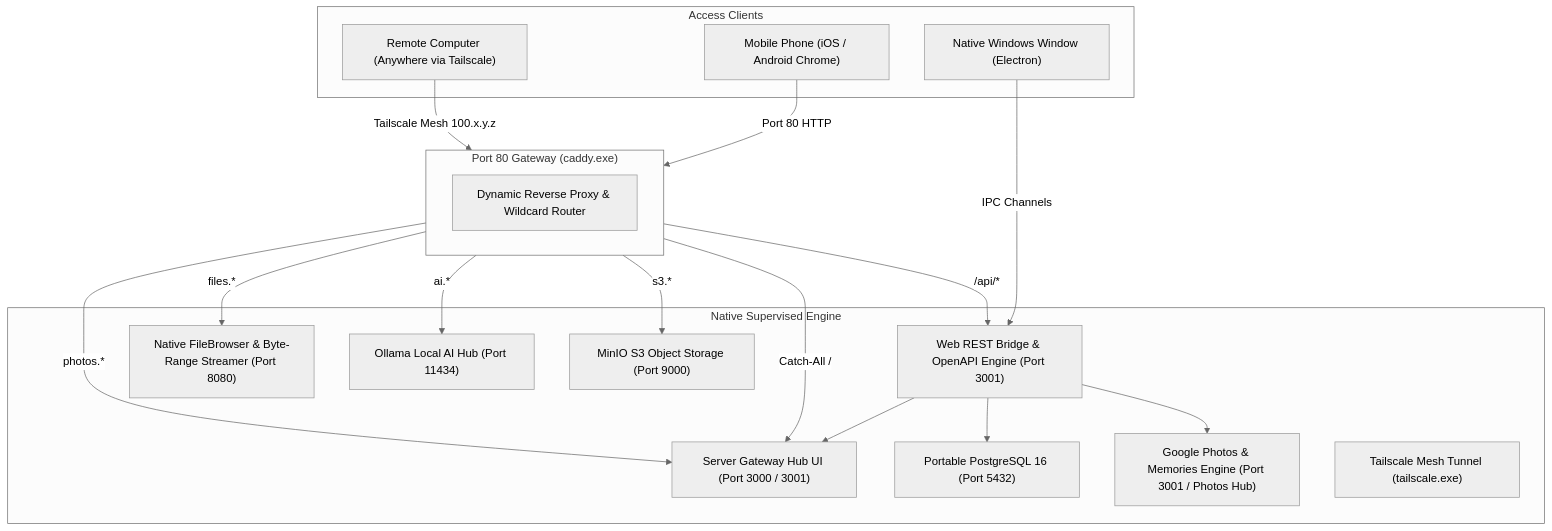
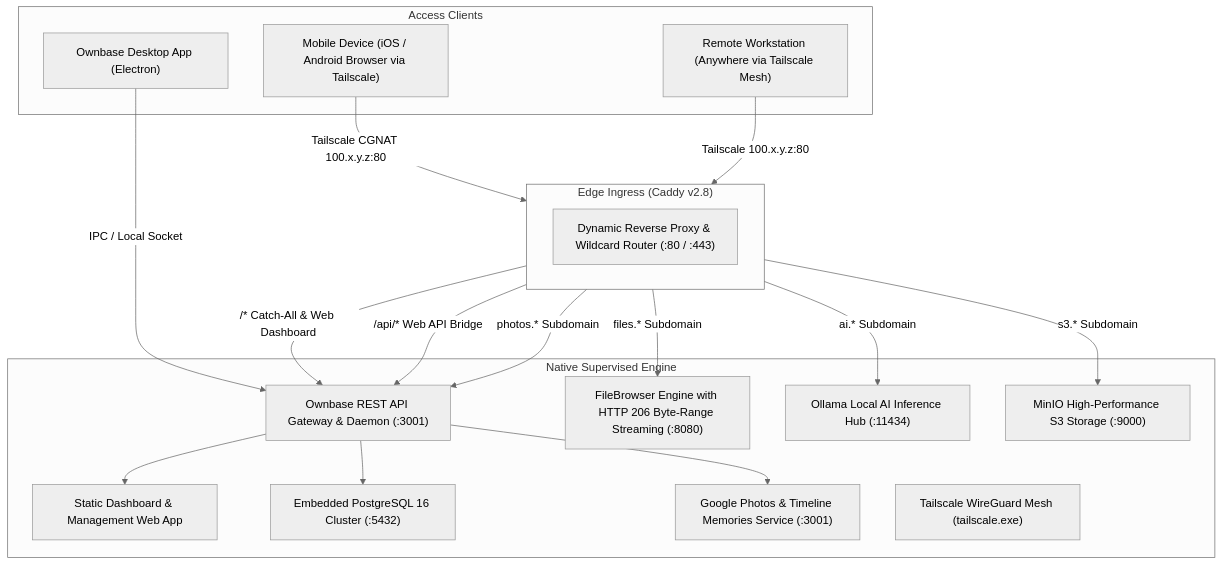
The diagram in README.md (rhmunna143/Ownbase), drawn with Mermaid (neutral theme) before and after one commit. The commit also changed other lines of this file and 30 other files, not shown here.

Commit message:
feat: add Windows server daemon, API gateway, and docs architecture

````diff
--- a/README.md
+++ b/README.md
@@ -17,38 +23,38 @@
 ```mermaid
 flowchart TD
-    subgraph Client["Access Clients"]
-        DesktopApp["Native Windows Window (Electron)"]
-        MobilePhone["Mobile Phone (iOS / Android Chrome)"]
-        RemotePC["Remote Computer (Anywhere via Tailscale)"]
+    subgraph Clients["Access Clients"]
+        DesktopApp["Ownbase Desktop App (Electron)"]
+        MobilePhone["Mobile Device (iOS / Android Browser via Tailscale)"]
+        RemotePC["Remote Workstation (Anywhere via Tailscale Mesh)"]
     end
 
-    subgraph CaddyGateway["Port 80 Gateway (caddy.exe)"]
-        ReverseProxy["Dynamic Reverse Proxy & Wildcard Router"]
+    subgraph IngressGateway["Edge Ingress (Caddy v2.8)"]
+        ReverseProxy["Dynamic Reverse Proxy & Wildcard Router (:80 / :443)"]
     end
 
-    subgraph CoreServices["Native Supervised Engine"]
-        NextDashboard["Server Gateway Hub UI (Port 3000 / 3001)"]
-        WebApi["Web REST Bridge & OpenAPI Engine (Port 3001)"]
-        Postgres["Portable PostgreSQL 16 (Port 5432)"]
-        FileBrowser["Native FileBrowser & Byte-Range Streamer (Port 8080)"]
-        PhotosService["Google Photos & Memories Engine (Port 3001 / Photos Hub)"]
-        Ollama["Ollama Local AI Hub (Port 11434)"]
-        Minio["MinIO S3 Object Storage (Port 9000)"]
-        Tailscale["Tailscale Mesh Tunnel (tailscale.exe)"]
+    subgraph NativeSupervisedEngine["Native Supervised Engine"]
+        WebApi["Ownbase REST API Gateway & Daemon (:3001)"]
+        NextDashboard["Static Dashboard & Management Web App"]
+        Postgres["Embedded PostgreSQL 16 Cluster (:5432)"]
+        FileBrowser["FileBrowser Engine with HTTP 206 Byte-Range Streaming (:8080)"]
+        PhotosService["Google Photos & Timeline Memories Service (:3001)"]
+        Ollama["Ollama Local AI Inference Hub (:11434)"]
+        Minio["MinIO High-Performance S3 Storage (:9000)"]
+        Tailscale["Tailscale WireGuard Mesh (tailscale.exe)"]
     end
 
-    DesktopApp -->|IPC Channels| WebApi
-    MobilePhone -->|Port 80 HTTP| CaddyGateway
-    RemotePC -->|Tailscale Mesh 100.x.y.z| CaddyGateway
+    DesktopApp -->|IPC / Local Socket| WebApi
+    MobilePhone -->|Tailscale CGNAT 100.x.y.z:80| IngressGateway
+    RemotePC -->|Tailscale 100.x.y.z:80| IngressGateway
 
-    CaddyGateway -->|/api/*| WebApi
-    CaddyGateway -->|Catch-All /| NextDashboard
-    CaddyGateway -->|files.*| FileBrowser
-    CaddyGateway -->|photos.*| NextDashboard
-    CaddyGateway -->|ai.*| Ollama
-    CaddyGateway -->|s3.*| Minio
+    IngressGateway -->|/* Catch-All & Web Dashboard| WebApi
+    IngressGateway -->|/api/* Web API Bridge| WebApi
+    IngressGateway -->|files.* Subdomain| FileBrowser
+    IngressGateway -->|photos.* Subdomain| WebApi
+    IngressGateway -->|ai.* Subdomain| Ollama
+    IngressGateway -->|s3.* Subdomain| Minio
 
     WebApi --> Postgres
     WebApi --> NextDashboard
     WebApi --> PhotosService
 ```
````
